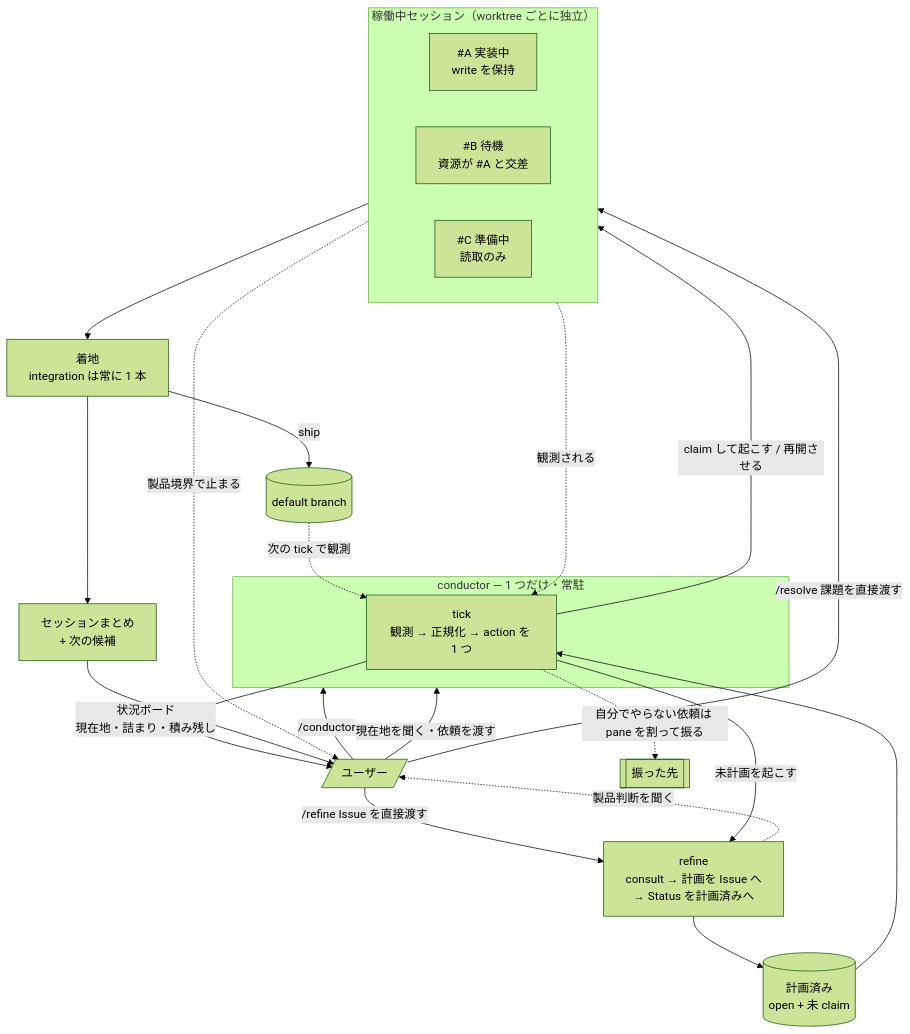
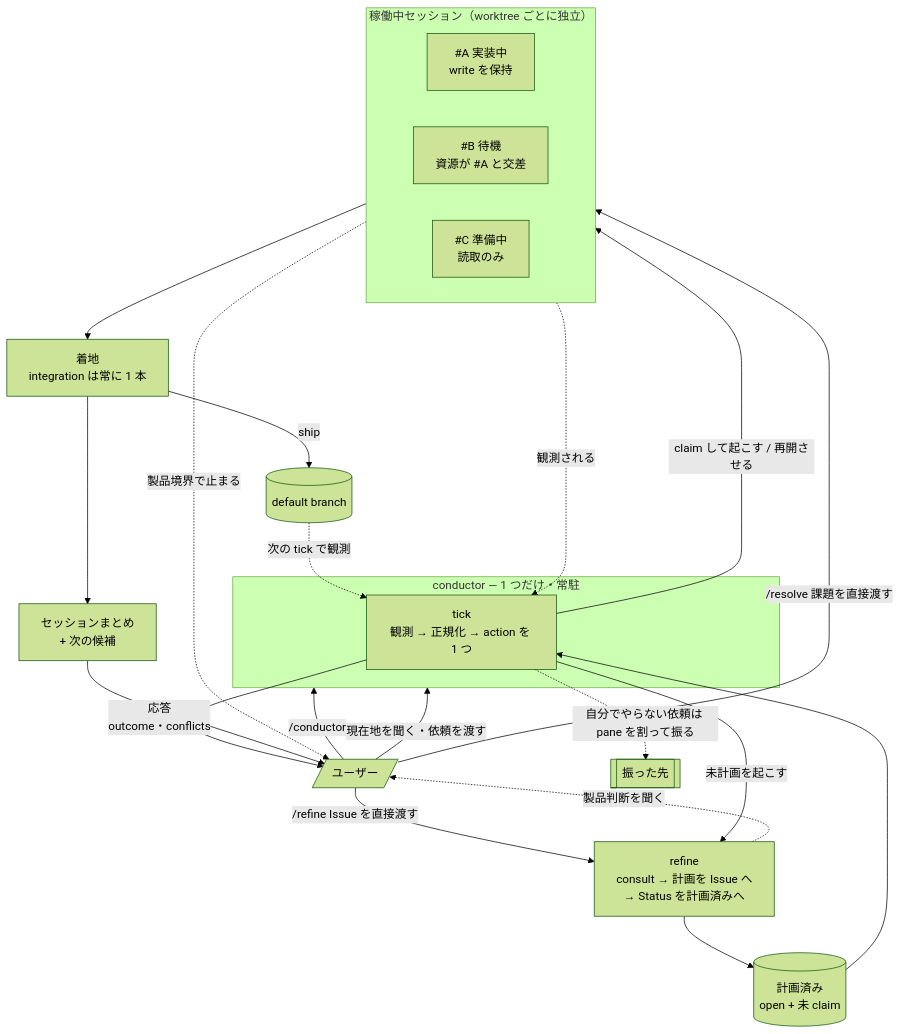
One commit to usagizmo/agentfiles changed the diagram in agents/docs/README.md. Above: the diagram before and after it, drawn with Mermaid (forest theme). The commit also changed other lines of this file and 36 other files, not shown here.

````diff
--- a/agents/docs/README.md
+++ b/agents/docs/README.md
@@ -25,34 +25,34 @@
 ```mermaid
 flowchart TB
     U[/ユーザー/] -->|/conductor| AP
     U -->|現在地を聞く・依頼を渡す| AP
     U -->|/resolve 課題を直接渡す| RUN
     U -->|/refine Issue を直接渡す| G
 
     subgraph AP["conductor — 1 つだけ・常駐"]
         TICK["tick<br/>観測 → 正規化 → action を 1 つ"]
     end
 
-    TICK -->|状況ボード<br/>現在地・詰まり・積み残し| U
+    TICK -->|応答<br/>outcome・conflicts| U
     TICK -.自分でやらない依頼は pane を割って振る.-> DEL[["振った先"]]
 
     TICK -->|未計画を起こす| G["refine<br/>consult → 計画を Issue へ<br/>→ Status を計画済みへ"]
     G --> Q[("計画済み<br/>open + 未 claim")]
     Q --> TICK
 
     subgraph RUN["稼働中セッション（worktree ごとに独立）"]
         direction LR
         SA["#A 実装中<br/>write を保持"]
         SB["#B 待機<br/>資源が #A と交差"]
         SC["#C 準備中<br/>読取のみ"]
     end
 
     TICK -->|claim して起こす / 再開させる| RUN
     RUN -.観測される.-> TICK
     SA --> LAND["着地<br/>integration は常に 1 本"]
     LAND -->|ship| MAIN[(default branch)]
     MAIN -.次の tick で観測.-> TICK
     LAND --> RP[セッションまとめ<br/>+ 次の候補] --> U
     G -.製品判断を聞く.-> U
     RUN -.製品境界で止まる.-> U
 ```
````
